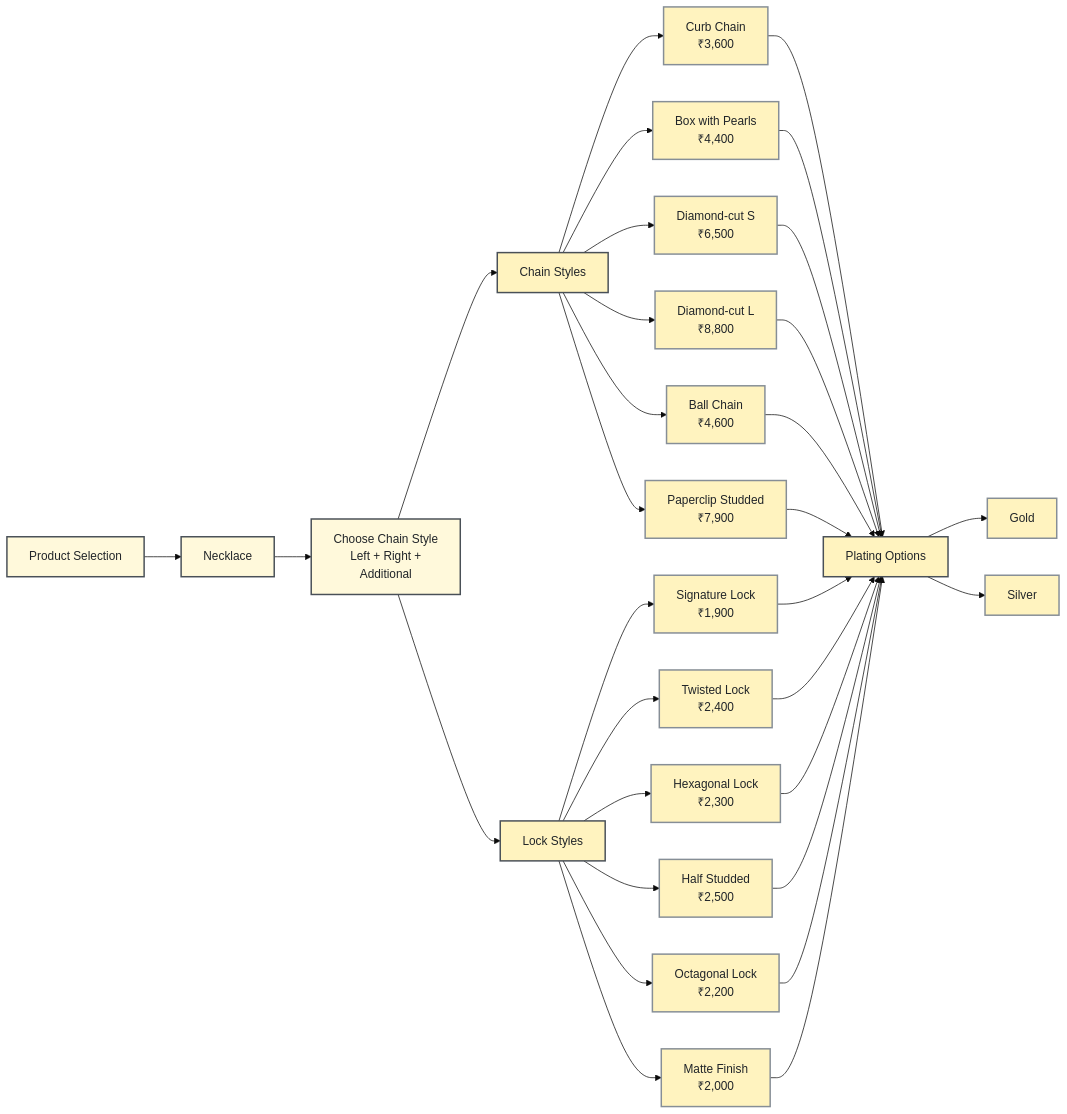
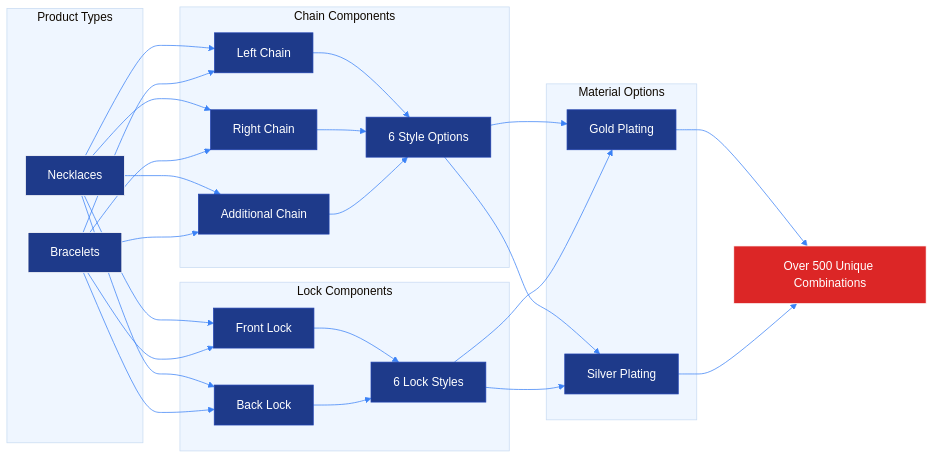
The second of 6 diagrams in README.md (jangir-ritik/customR3FforNishaniWordpress), drawn with Mermaid before and after one commit. The commit also changed other lines of this file, not shown here.

````diff
--- a/README.md
+++ b/README.md
@@ -72,33 +81,35 @@
 ```mermaid
-%%{init: {'theme': 'base', 'themeVariables': { 'fontSize': '16px', 'fontFamily': 'arial', 'primaryColor': '#fff3bf', 'primaryBorderColor': '#868e96', 'primaryTextColor': '#212529', 'secondaryColor': '#fff9db', 'tertiaryColor': '#fff3bf'}}}%%
+%%{init: {'theme': 'base', 'themeVariables': { 'primaryColor': '#1e3a8a', 'primaryTextColor': '#ffffff', 'primaryBorderColor': '#1e40af', 'lineColor': '#3b82f6', 'secondaryColor': '#dbeafe', 'tertiaryColor': '#eff6ff', 'background': '#ffffff', 'mainBkg': '#1e3a8a', 'secondBkg': '#3b82f6', 'tertiaryBkg': '#60a5fa'}}}%%
 graph LR
-    classDef default fill:#fff3bf,stroke:#868e96,stroke-width:2px;
-    classDef highlight fill:#fff9db,stroke:#495057,stroke-width:2px;
-    classDef selection fill:#fff3bf,stroke:#495057,stroke-width:2px;
+    subgraph "Product Types"
+        A[Necklaces]
+        B[Bracelets]
+    end
 
-    Start[Product Selection] --> Necklace[Necklace]
-    Necklace --> Components[Choose Chain Style<br/>Left + Right +<br/>Additional]
-    Components --> ChainStyles[Chain Styles]
+    subgraph "Chain Components"
+        C[Left Chain] --> G[6 Style Options]
+        D[Right Chain] --> G
+        E[Additional Chain] --> G
+    end
 
-    ChainStyles --> C1[Curb Chain<br/>₹3,600]
-    ChainStyles --> C2[Box with Pearls<br/>₹4,400]
-    ChainStyles --> C3[Diamond-cut S<br/>₹6,500]
-    ChainStyles --> C4[Diamond-cut L<br/>₹8,800]
-    ChainStyles --> C5[Ball Chain<br/>₹4,600]
-    ChainStyles --> C6[Paperclip Studded<br/>₹7,900]
+    subgraph "Lock Components"
+        F[Front Lock] --> H[6 Lock Styles]
+        I[Back Lock] --> H
+    end
 
-    Components --> LockStyles[Lock Styles]
-    LockStyles --> L1[Signature Lock<br/>₹1,900]
-    LockStyles --> L2[Twisted Lock<br/>₹2,400]
-    LockStyles --> L3[Hexagonal Lock<br/>₹2,300]
-    LockStyles --> L4[Half Studded<br/>₹2,500]
-    LockStyles --> L5[Octagonal Lock<br/>₹2,200]
-    LockStyles --> L6[Matte Finish<br/>₹2,000]
+    subgraph "Material Options"
+        J[Gold Plating]
+        K[Silver Plating]
+    end
 
-    C1 & C2 & C3 & C4 & C5 & C6 & L1 & L2 & L3 & L4 & L5 & L6 --> Plating[Plating Options]
-    Plating --> Gold[Gold]
-    Plating --> Silver[Silver]
+    A & B --> C & D & E & F & I
+    G --> J & K
+    H --> J & K
 
-    class Start,Necklace,Components highlight
-    class ChainStyles,LockStyles,Plating selection
+    L[Over 500 Unique Combinations]
+    J & K --> L
+
+    style A fill:#1e3a8a,stroke:#ffffff,color:#ffffff
+    style B fill:#1e3a8a,stroke:#ffffff,color:#ffffff
+    style L fill:#dc2626,stroke:#ffffff,color:#ffffff
 ```
````
